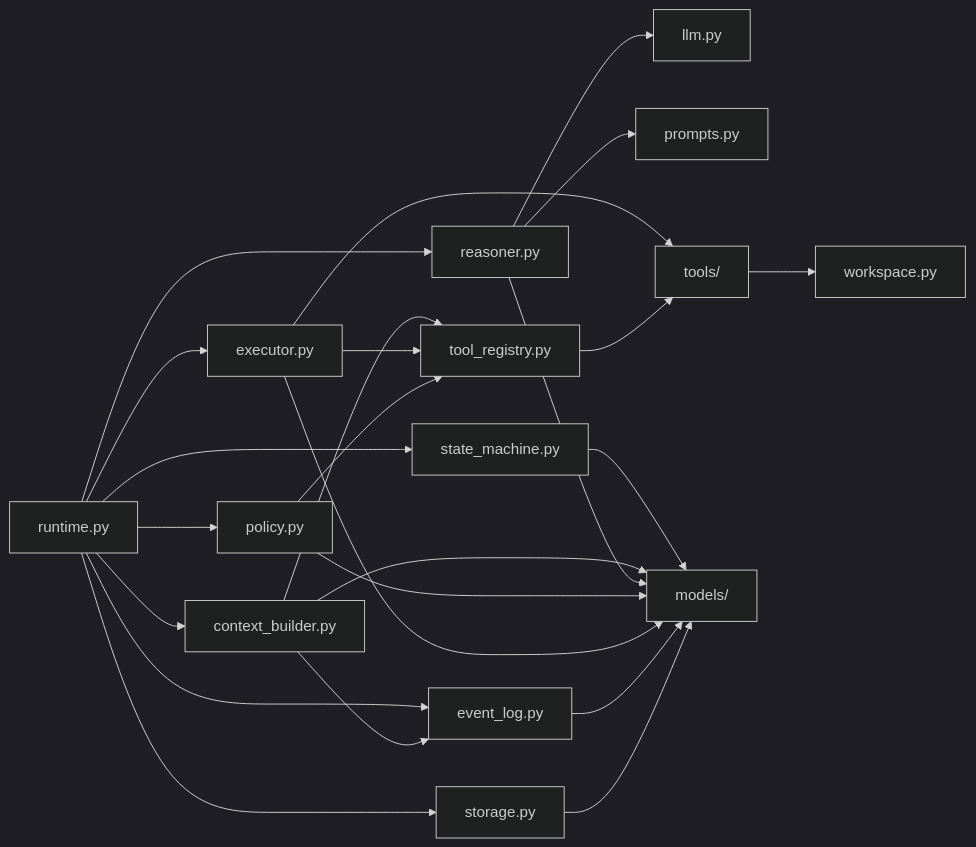
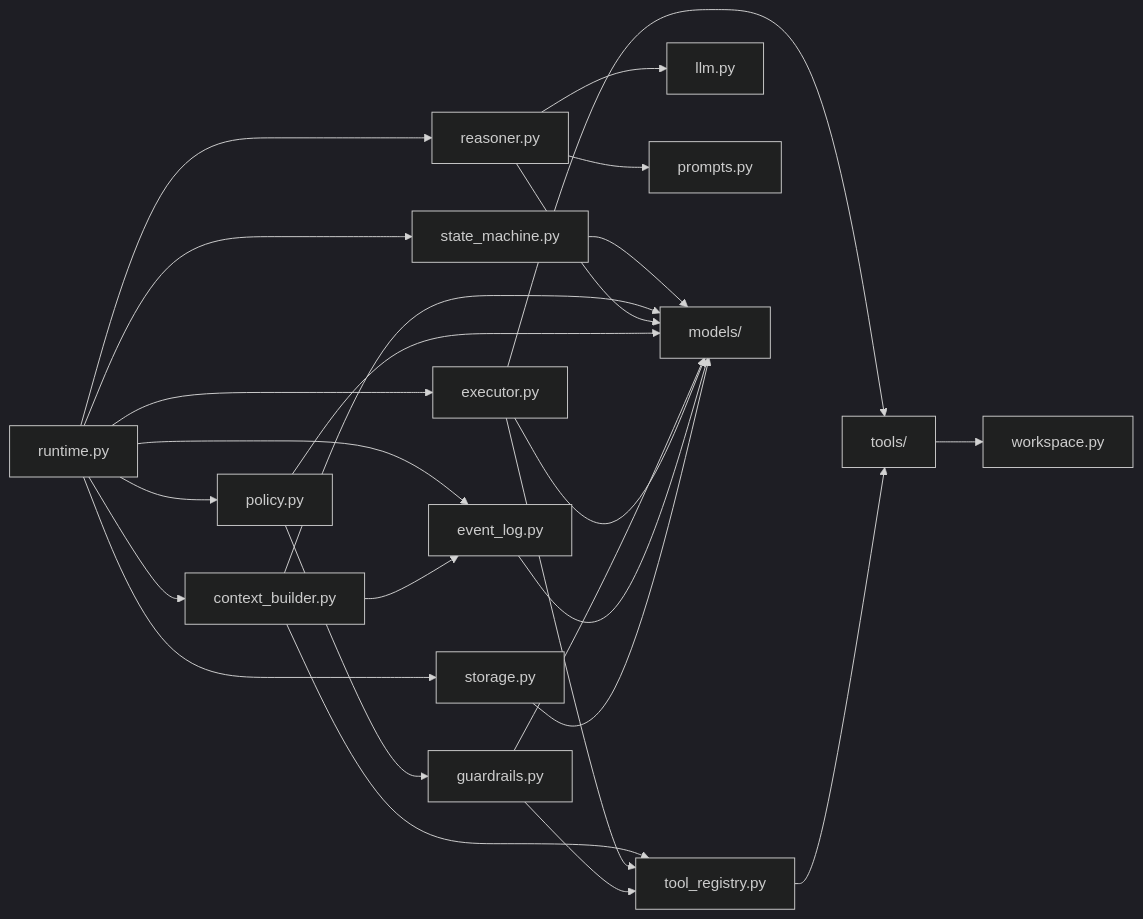
One commit to MaximeVigier/peon changed the fourth of 4 diagrams in ARCHITECTURE.md. Above: the diagram before and after it, drawn with Mermaid (dark theme). The commit also changed other lines of this file and 7 other files, not shown here.

First line of the commit message:
Add composable Policy guardrails (Phase 3)

````diff
--- a/ARCHITECTURE.md
+++ b/ARCHITECTURE.md
@@ -436,31 +503,33 @@
 ```mermaid
 graph LR
     runtime[runtime.py] --> state_machine[state_machine.py]
     runtime --> context_builder[context_builder.py]
     runtime --> reasoner[reasoner.py]
     runtime --> policy[policy.py]
     runtime --> executor[executor.py]
     runtime --> event_log[event_log.py]
     runtime --> storage[storage.py]
 
     context_builder --> event_log
     context_builder --> tool_registry[tool_registry.py]
 
     reasoner --> llm[llm.py]
     reasoner --> prompts[prompts.py]
 
     executor --> tool_registry
     executor --> tools[tools/]
 
-    policy --> tool_registry
+    policy --> guardrails[guardrails.py]
+    guardrails --> tool_registry
     tool_registry --> tools
     tools --> workspace[workspace.py]
 
     state_machine --> models[models/]
     context_builder --> models
     reasoner --> models
     policy --> models
+    guardrails --> models
     executor --> models
     event_log --> models
     storage --> models
 ```
````
